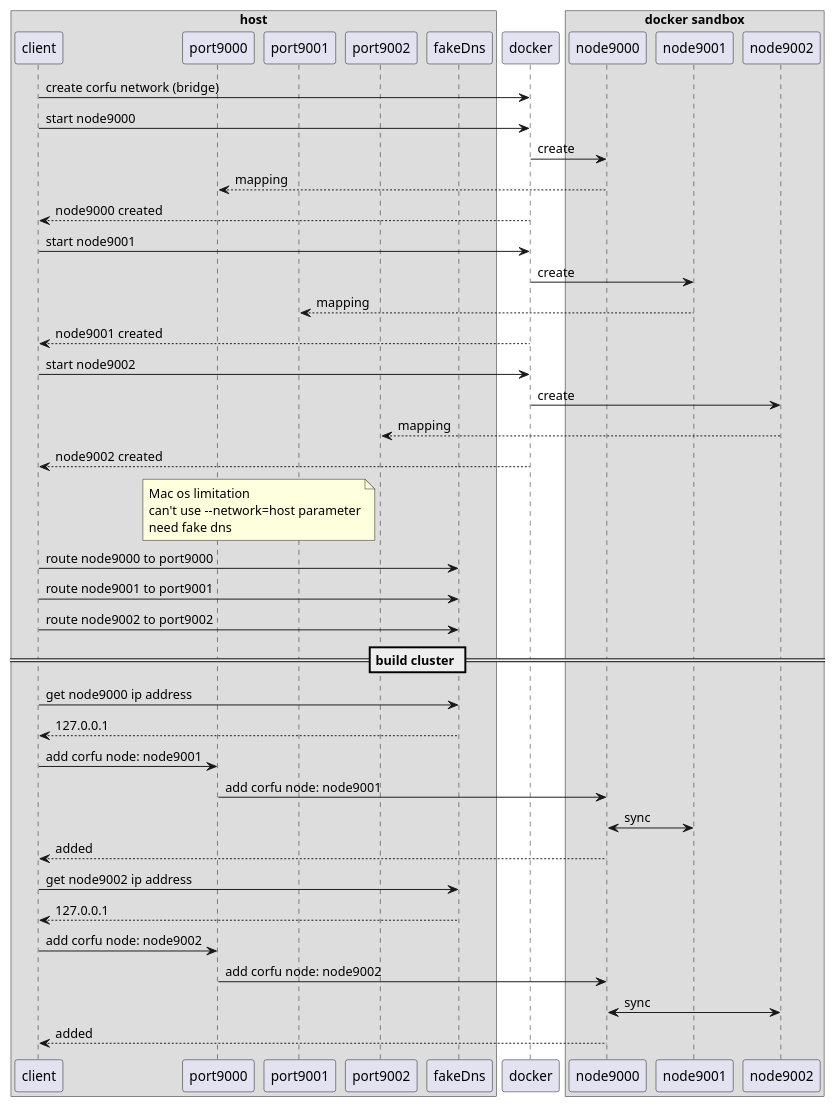
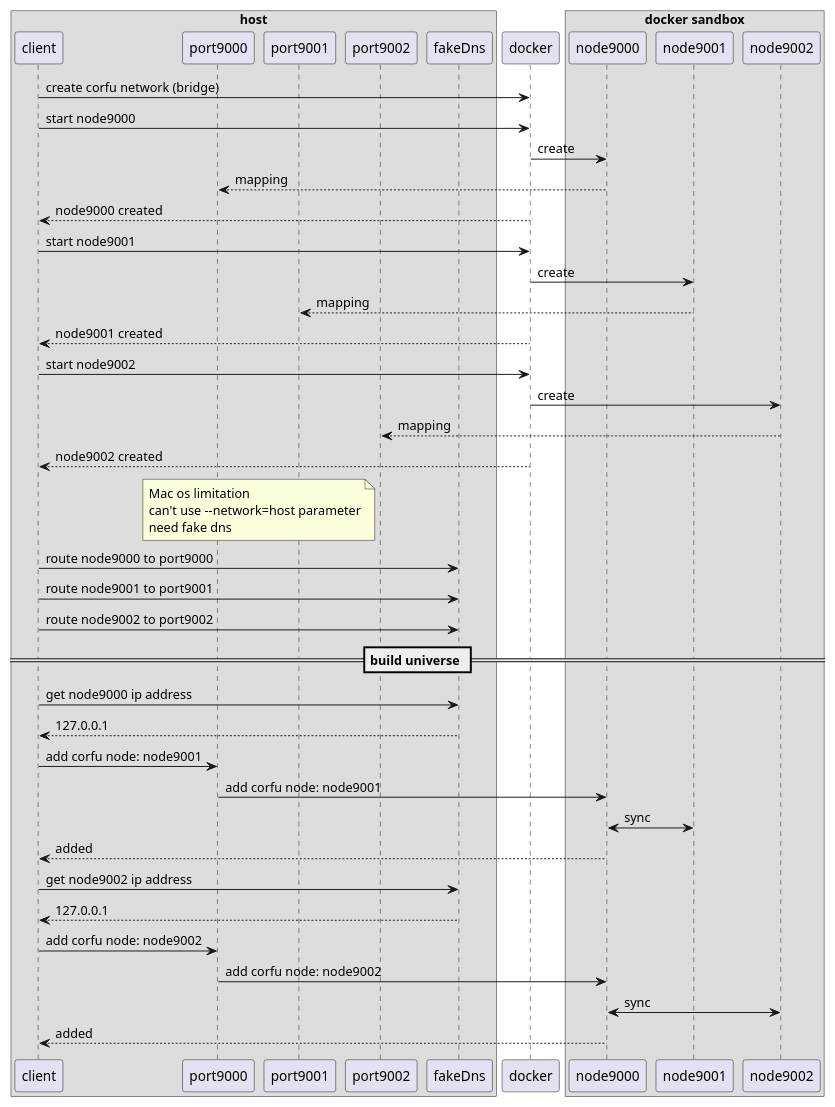
One commit to CorfuDB/CorfuDB changed the diagram in it/doc/docker-cluster.puml. Above: the diagram before and after it, drawn with PlantUML. The commit also changed 25 other files, not shown here.

```diff
--- a/it/doc/docker-cluster.puml
+++ b/it/doc/docker-cluster.puml
@@ -1,59 +1,59 @@
 @startuml
 box "host"
  participant client
  participant port9000
  participant port9001
  participant port9002
  participant fakeDns
 end box
 
 participant docker
 box "docker sandbox"
  participant node9000
  participant node9001
  participant node9002
 end box
 
 client -> docker : create corfu network (bridge)
 
 client -> docker : start node9000
 docker -> node9000 : create
 node9000 --> port9000: mapping
 docker --> client: node9000 created
 
 client -> docker : start node9001
 docker -> node9001 : create
 node9001 --> port9001: mapping
 docker --> client: node9001 created
 
 client -> docker : start node9002
 docker -> node9002 : create
 node9002 --> port9002: mapping
 docker --> client: node9002 created
 
 
 note left of port9002
  Mac os limitation
  can't use --network=host parameter
  need fake dns
 end note
 
 client -> fakeDns : route node9000 to port9000
 client -> fakeDns : route node9001 to port9001
 client -> fakeDns : route node9002 to port9002
 
-== build cluster ==
+== build universe ==
 client -> fakeDns: get node9000 ip address
 fakeDns --> client: 127.0.0.1
 client -> port9000: add corfu node: node9001
 port9000 -> node9000: add corfu node: node9001
 node9000 <-> node9001: sync
 node9000 --> client: added
 
 client -> fakeDns: get node9002 ip address
 fakeDns --> client: 127.0.0.1
 client -> port9000: add corfu node: node9002
 port9000 -> node9000: add corfu node: node9002
 node9000 <-> node9002: sync
 node9000 --> client: added
 @enduml
```
